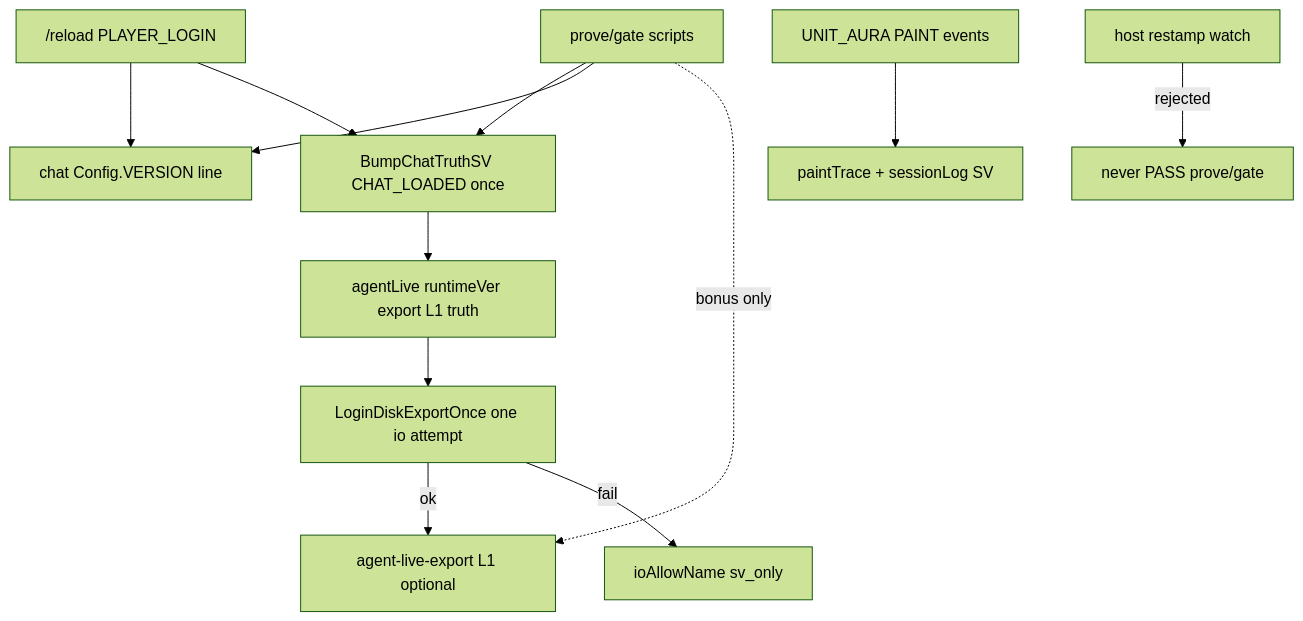
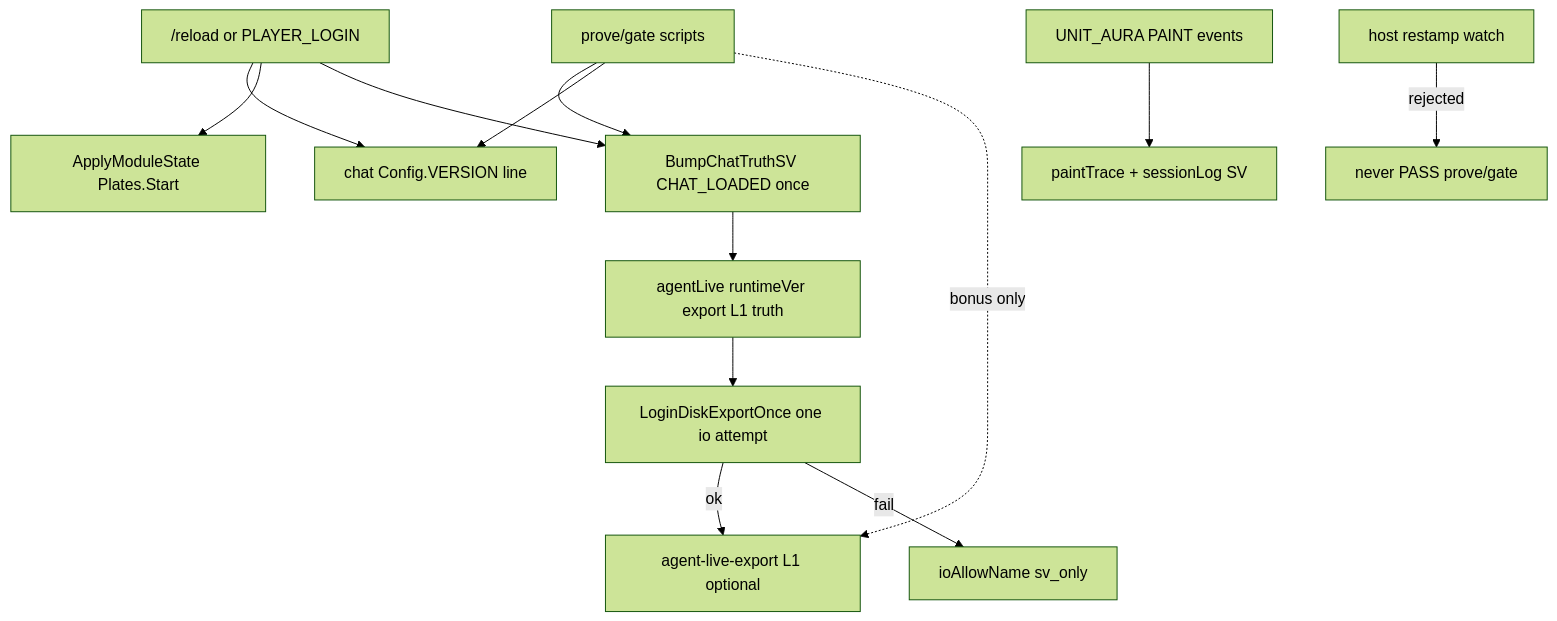
One commit to sirTurbisCZ/wow-forever-addons changed the first of 4 diagrams in addons/Plateband/Docs/loops.md. Above: the diagram before and after it, drawn with Mermaid (forest theme). The commit also changed other lines of this file and 4 other files, not shown here.

First line of the commit message:
fix(Plateband): restart plates on /reload (0.3.30)

````diff
--- a/addons/Plateband/Docs/loops.md
+++ b/addons/Plateband/Docs/loops.md
@@ -7,14 +7,15 @@
 ```mermaid
 flowchart TD
-  reload["/reload PLAYER_LOGIN"] --> chat[chat Config.VERSION line]
+  reload["/reload or PLAYER_LOGIN"] --> chat[chat Config.VERSION line]
+  reload --> platesStart[ApplyModuleState Plates.Start]
   reload --> sv[BumpChatTruthSV CHAT_LOADED once]
   sv --> syncSv[agentLive runtimeVer export L1 truth]
   syncSv --> once[LoginDiskExportOnce one io attempt]
   once -->|ok| disk[agent-live-export L1 optional]
   once -->|fail| svonly[ioAllowName sv_only]
   paint[UNIT_AURA PAINT events] --> ring[paintTrace + sessionLog SV]
   host[host restamp watch] -->|rejected| x[never PASS prove/gate]
   prove[prove/gate scripts] --> sv
   prove --> chat
   prove -.->|bonus only| disk
 ```
````
